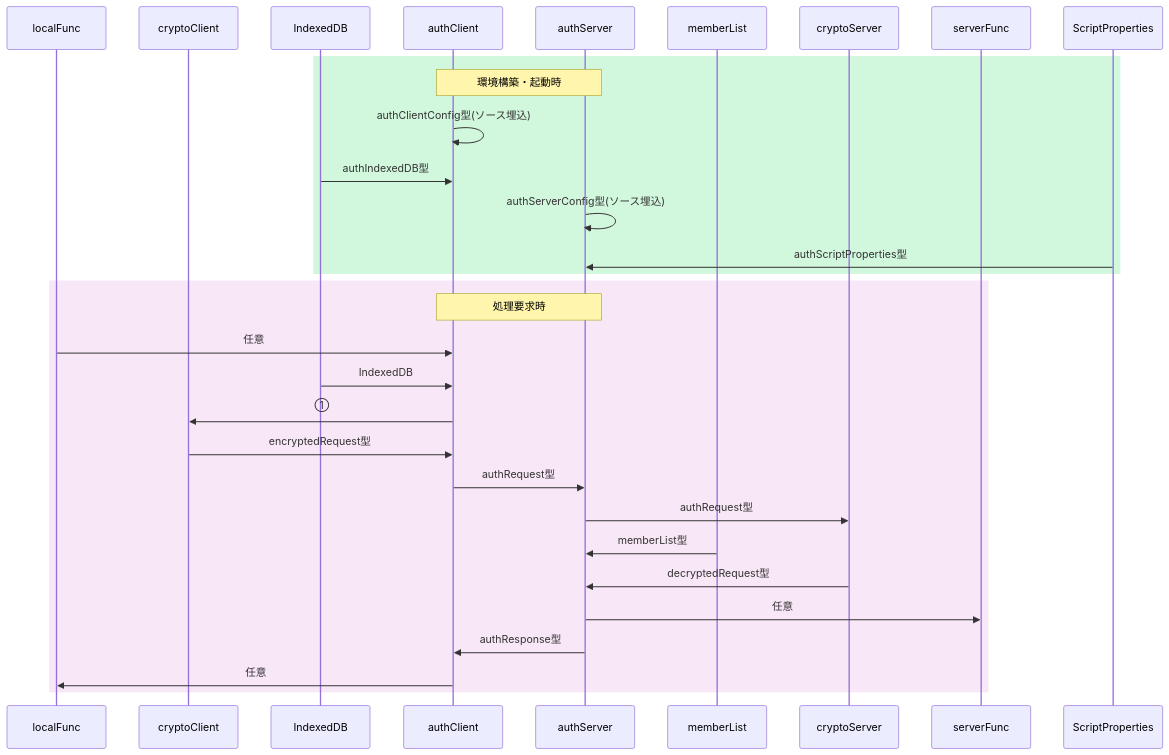
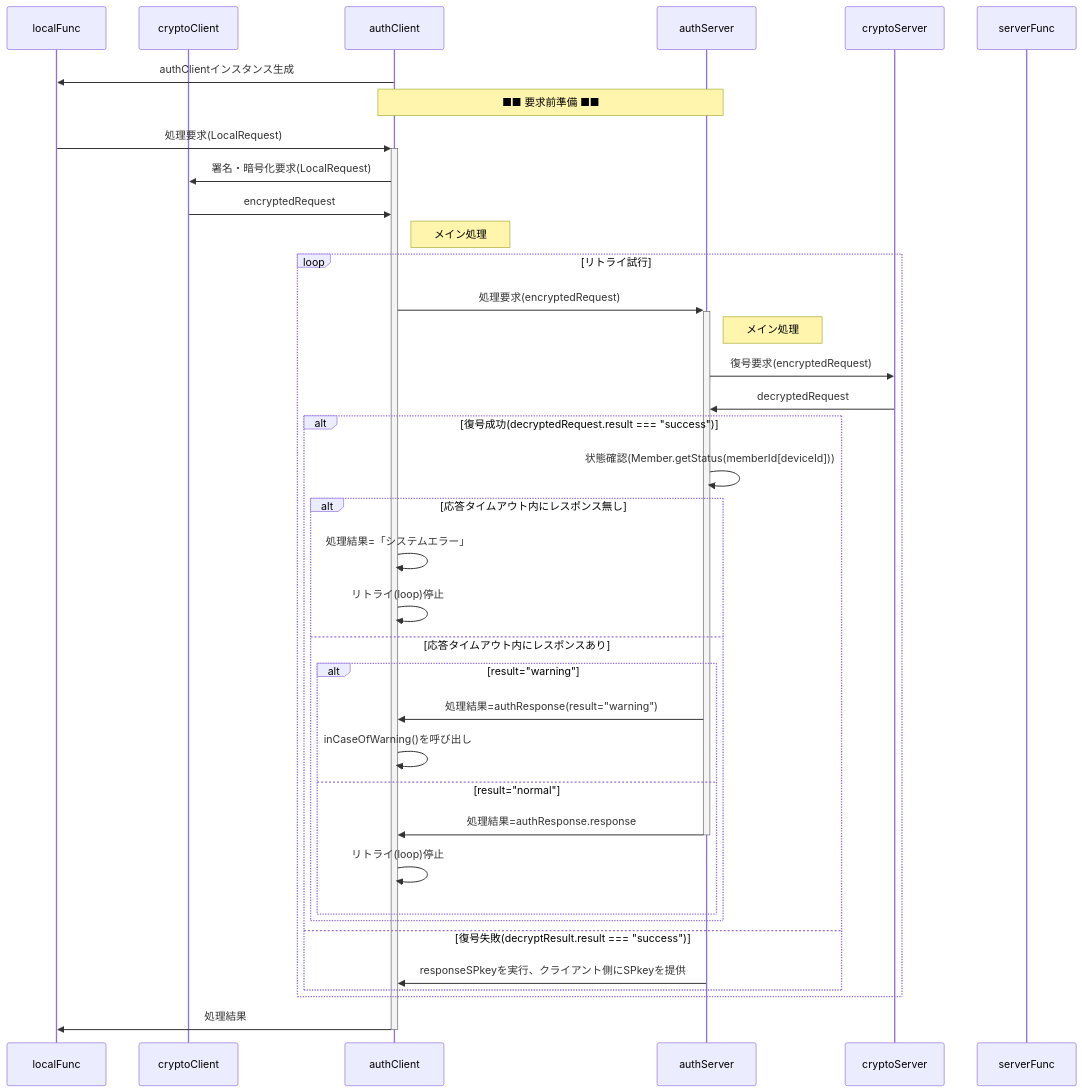
The fourth of 4 diagrams in underDev/Auth/question.md (nakaone/library), drawn with Mermaid before and after one commit. The commit also changed other lines of this file and 4 other files, not shown here.

````diff
--- a/underDev/Auth/question.md
+++ b/underDev/Auth/question.md
@@ -242,40 +1030,46 @@
 ```mermaid
 sequenceDiagram
   %%actor user
   participant localFunc
   %%participant clientMail
   participant cryptoClient
-  participant IndexedDB
+  %%participant IndexedDB
   participant authClient
   participant authServer
-  participant memberList
+  %%participant memberList
   participant cryptoServer
   participant serverFunc
   %%actor admin
 
-  rect rgba(209, 247, 221, 1)
-    Note over authClient, authServer: 環境構築・起動時
-    authClient->>authClient: authClientConfig型(ソース埋込)
-    IndexedDB->>authClient: authIndexedDB型
-    authServer->>authServer: authServerConfig型(ソース埋込)
-    ScriptProperties->>authServer: authScriptProperties型
+  authClient->>localFunc: authClientインスタンス生成
+  Note over authClient,authServer: ■■ 要求前準備 ■■
+  localFunc->>+authClient: 処理要求(LocalRequest)
+  authClient->>cryptoClient: 署名・暗号化要求(LocalRequest)
+  cryptoClient->>authClient: encryptedRequest
+  Note right of authClient: メイン処理
+
+  loop リトライ試行
+    authClient->>+authServer: 処理要求(encryptedRequest)
+    Note right of authServer: メイン処理
+    authServer->>cryptoServer:復号要求(encryptedRequest)
+    cryptoServer->>authServer: decryptedRequest
+    alt 復号成功(decryptedRequest.result === "success")
+      authServer->>authServer: 状態確認(Member.getStatus(memberId[deviceId]))
+      alt 応答タイムアウト内にレスポンス無し
+        authClient->>authClient: 処理結果=「システムエラー」
+        authClient->>authClient: リトライ(loop)停止
+      else 応答タイムアウト内にレスポンスあり
+        alt result="warning"
+          authServer->>authClient: 処理結果=authResponse(result="warning")
+          authClient->>authClient: inCaseOfWarning()を呼び出し
+        else result="normal"
+          authServer->>-authClient: 処理結果=authResponse.response
+          authClient->>authClient: リトライ(loop)停止
+        end
+      end
+    else 復号失敗(decryptResult.result === "success")
+      authServer->>authClient: responseSPkeyを実行、クライアント側にSPkeyを提供
+    end
   end
-
-  rect rgba(248, 231, 247, 1)
-    Note over authClient, authServer: 処理要求時
-
-    localFunc->>authClient: 任意
-    IndexedDB->>authClient: IndexedDB
-    authClient->>cryptoClient: ①
-    cryptoClient->>authClient: encryptedRequest型
-    authClient->>authServer: authRequest型
-
-    authServer->>cryptoServer: authRequest型
-    memberList->>authServer: memberList型
-    cryptoServer->>authServer: decryptedRequest型
-    authServer->>serverFunc: 任意
-
-    authServer->>authClient: authResponse型
-    authClient->>localFunc: 任意
-  end
+  authClient->>-localFunc: 処理結果
 ```
````
